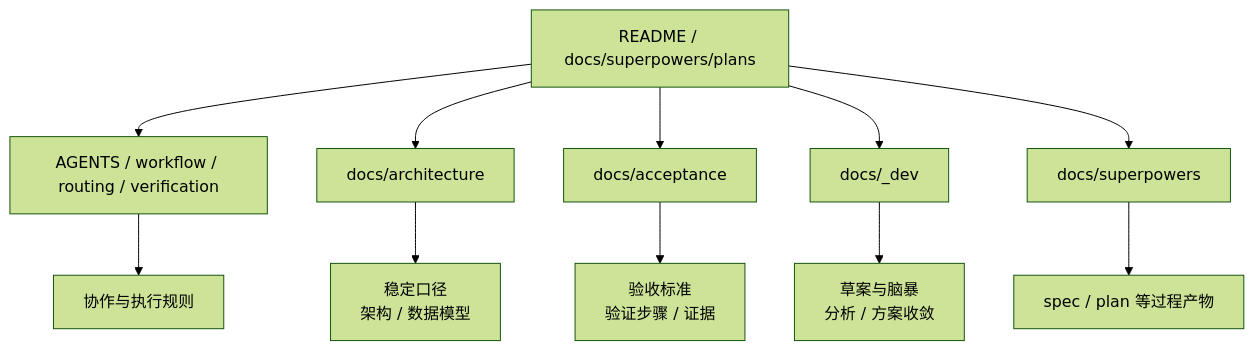
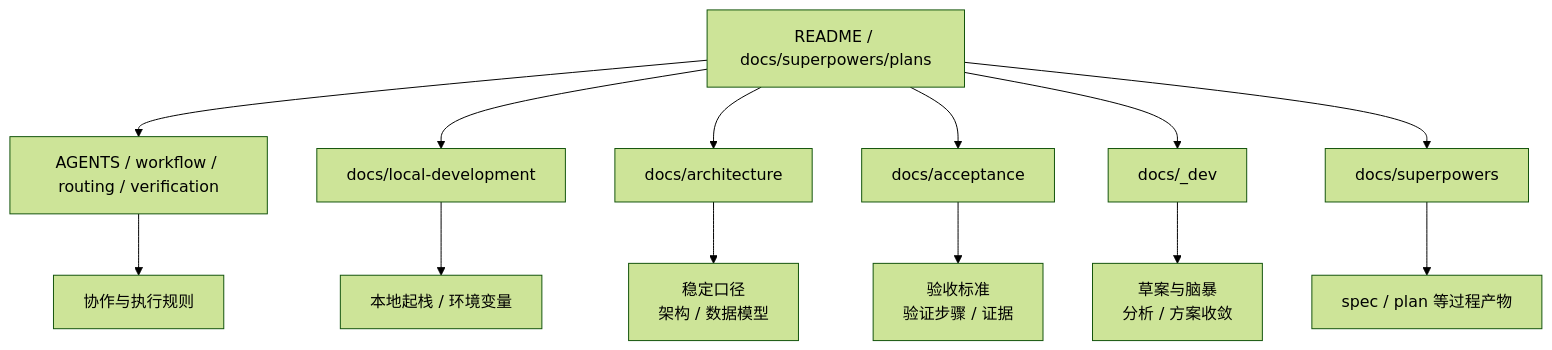
Before and after one commit to ticoAg/BaiCao: the diagram in docs/README.md, drawn with Mermaid (forest theme). The commit also changed other lines of this file and 8 other files, not shown here.

First line of the commit message:
docs: slim README and move local-dev details

````diff
--- a/docs/README.md
+++ b/docs/README.md
@@ -60,15 +62,17 @@
 ```mermaid
 flowchart TB
     Root[README / docs/superpowers/plans]
     Root --> Guide[AGENTS / workflow / routing / verification]
+    Root --> Local[docs/local-development]
     Root --> Arch[docs/architecture]
     Root --> Acc[docs/acceptance]
     Root --> Dev[docs/_dev]
     Root --> Sup[docs/superpowers]
 
     Guide --> Ops[协作与执行规则]
+    Local --> DevEnv[本地起栈 / 环境变量]
     Arch --> Stable[稳定口径<br/>架构 / 数据模型]
     Acc --> Verify[验收标准<br/>验证步骤 / 证据]
     Dev --> Draft[草案与脑暴<br/>分析 / 方案收敛]
     Sup --> Process[spec / plan 等过程产物]
 ```
````
